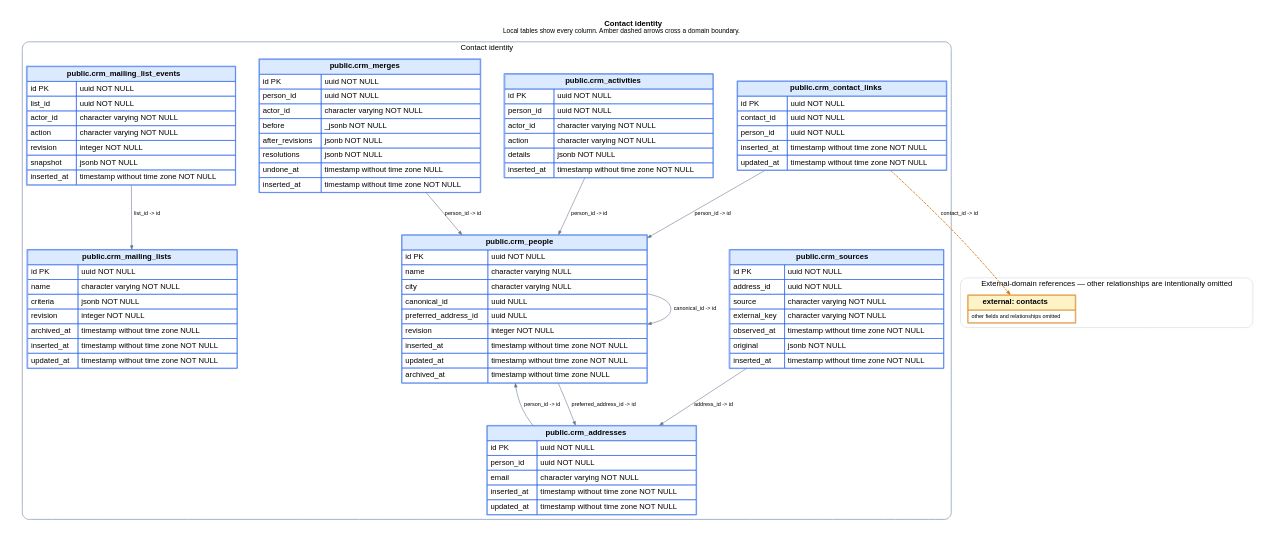
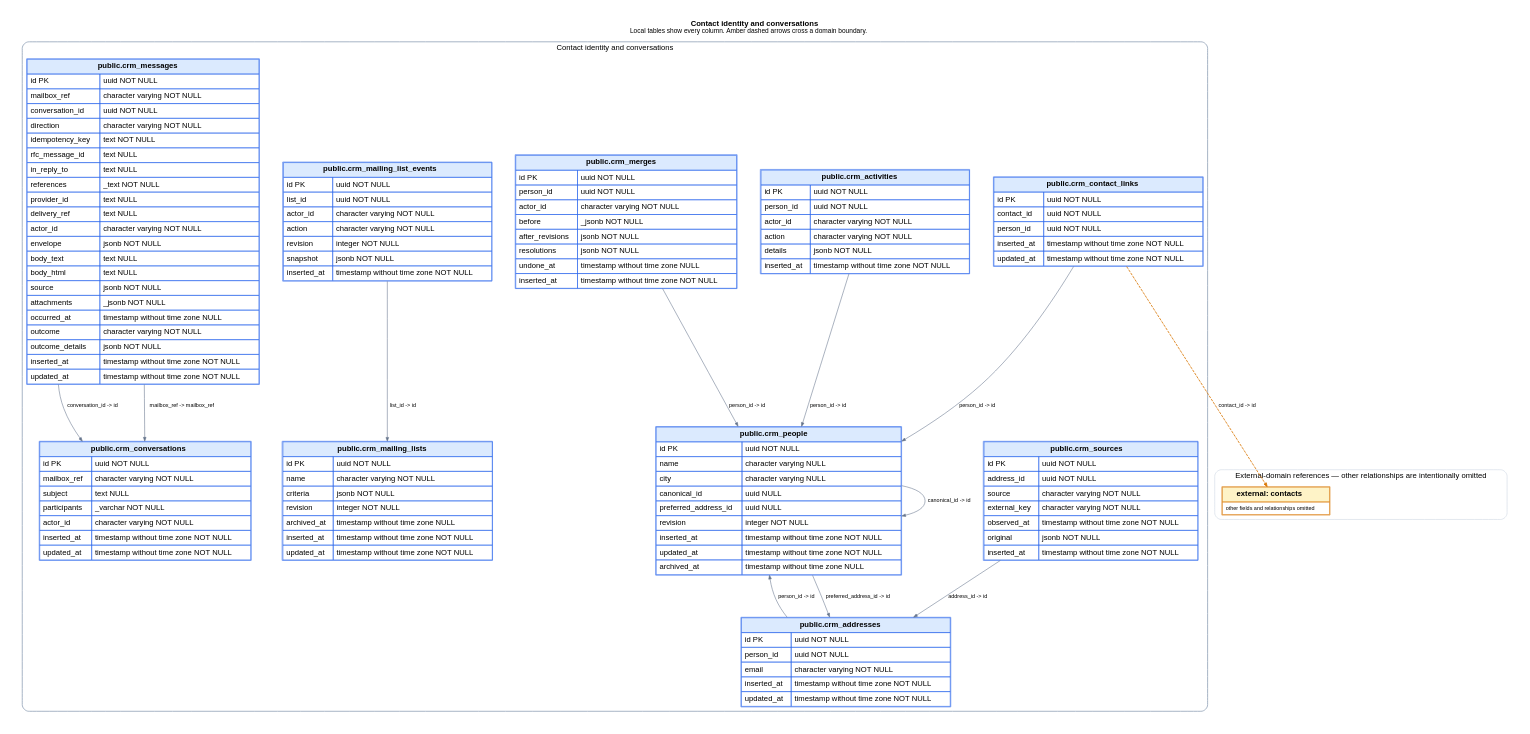
One commit to ogourment/pauseai.ca-website changed the diagram in docs/schema/domains/crm.dot. Above: the diagram before and after it, drawn with Graphviz. The commit also changed 44 other files, not shown here.

```diff
--- a/docs/schema/domains/crm.dot
+++ b/docs/schema/domains/crm.dot
@@ -1,94 +1,110 @@
 digraph crm {
   graph [rankdir=TB, bgcolor="white", pad=0.35, nodesep=0.6, ranksep=0.9, fontname="Helvetica"];
   node [shape=plain, fontname="Helvetica"];
   edge [fontname="Helvetica", fontsize=10, arrowsize=0.7];
   labelloc="t";
-  label=< <B>Contact identity</B><BR/><FONT POINT-SIZE="12">Local tables show every column. Amber dashed arrows cross a domain boundary.</FONT> >;
+  label=< <B>Contact identity and conversations</B><BR/><FONT POINT-SIZE="12">Local tables show every column. Amber dashed arrows cross a domain boundary.</FONT> >;
 
   subgraph cluster_local {
-    label="Contact identity";
+    label="Contact identity and conversations";
     color="#94a3b8";
     penwidth=1.5;
     style="rounded";
   "crm_people" [label=<
     <TABLE BORDER="1" CELLBORDER="1" CELLSPACING="0" CELLPADDING="5" COLOR="#2563eb">
       <TR><TD BGCOLOR="#dbeafe" COLSPAN="2"><B>public.crm_people</B></TD></TR>
       <TR><TD ALIGN="LEFT">id PK</TD><TD ALIGN="LEFT">uuid NOT NULL</TD></TR><TR><TD ALIGN="LEFT">name</TD><TD ALIGN="LEFT">character varying NULL</TD></TR><TR><TD ALIGN="LEFT">city</TD><TD ALIGN="LEFT">character varying NULL</TD></TR><TR><TD ALIGN="LEFT">canonical_id</TD><TD ALIGN="LEFT">uuid NULL</TD></TR><TR><TD ALIGN="LEFT">preferred_address_id</TD><TD ALIGN="LEFT">uuid NULL</TD></TR><TR><TD ALIGN="LEFT">revision</TD><TD ALIGN="LEFT">integer NOT NULL</TD></TR><TR><TD ALIGN="LEFT">inserted_at</TD><TD ALIGN="LEFT">timestamp without time zone NOT NULL</TD></TR><TR><TD ALIGN="LEFT">updated_at</TD><TD ALIGN="LEFT">timestamp without time zone NOT NULL</TD></TR><TR><TD ALIGN="LEFT">archived_at</TD><TD ALIGN="LEFT">timestamp without time zone NULL</TD></TR>
     </TABLE>
   >];
 
   "crm_addresses" [label=<
     <TABLE BORDER="1" CELLBORDER="1" CELLSPACING="0" CELLPADDING="5" COLOR="#2563eb">
       <TR><TD BGCOLOR="#dbeafe" COLSPAN="2"><B>public.crm_addresses</B></TD></TR>
       <TR><TD ALIGN="LEFT">id PK</TD><TD ALIGN="LEFT">uuid NOT NULL</TD></TR><TR><TD ALIGN="LEFT">person_id</TD><TD ALIGN="LEFT">uuid NOT NULL</TD></TR><TR><TD ALIGN="LEFT">email</TD><TD ALIGN="LEFT">character varying NOT NULL</TD></TR><TR><TD ALIGN="LEFT">inserted_at</TD><TD ALIGN="LEFT">timestamp without time zone NOT NULL</TD></TR><TR><TD ALIGN="LEFT">updated_at</TD><TD ALIGN="LEFT">timestamp without time zone NOT NULL</TD></TR>
     </TABLE>
   >];
 
   "crm_sources" [label=<
     <TABLE BORDER="1" CELLBORDER="1" CELLSPACING="0" CELLPADDING="5" COLOR="#2563eb">
       <TR><TD BGCOLOR="#dbeafe" COLSPAN="2"><B>public.crm_sources</B></TD></TR>
       <TR><TD ALIGN="LEFT">id PK</TD><TD ALIGN="LEFT">uuid NOT NULL</TD></TR><TR><TD ALIGN="LEFT">address_id</TD><TD ALIGN="LEFT">uuid NOT NULL</TD></TR><TR><TD ALIGN="LEFT">source</TD><TD ALIGN="LEFT">character varying NOT NULL</TD></TR><TR><TD ALIGN="LEFT">external_key</TD><TD ALIGN="LEFT">character varying NOT NULL</TD></TR><TR><TD ALIGN="LEFT">observed_at</TD><TD ALIGN="LEFT">timestamp without time zone NOT NULL</TD></TR><TR><TD ALIGN="LEFT">original</TD><TD ALIGN="LEFT">jsonb NOT NULL</TD></TR><TR><TD ALIGN="LEFT">inserted_at</TD><TD ALIGN="LEFT">timestamp without time zone NOT NULL</TD></TR>
     </TABLE>
   >];
 
   "crm_activities" [label=<
     <TABLE BORDER="1" CELLBORDER="1" CELLSPACING="0" CELLPADDING="5" COLOR="#2563eb">
       <TR><TD BGCOLOR="#dbeafe" COLSPAN="2"><B>public.crm_activities</B></TD></TR>
       <TR><TD ALIGN="LEFT">id PK</TD><TD ALIGN="LEFT">uuid NOT NULL</TD></TR><TR><TD ALIGN="LEFT">person_id</TD><TD ALIGN="LEFT">uuid NOT NULL</TD></TR><TR><TD ALIGN="LEFT">actor_id</TD><TD ALIGN="LEFT">character varying NOT NULL</TD></TR><TR><TD ALIGN="LEFT">action</TD><TD ALIGN="LEFT">character varying NOT NULL</TD></TR><TR><TD ALIGN="LEFT">details</TD><TD ALIGN="LEFT">jsonb NOT NULL</TD></TR><TR><TD ALIGN="LEFT">inserted_at</TD><TD ALIGN="LEFT">timestamp without time zone NOT NULL</TD></TR>
     </TABLE>
   >];
 
   "crm_merges" [label=<
     <TABLE BORDER="1" CELLBORDER="1" CELLSPACING="0" CELLPADDING="5" COLOR="#2563eb">
       <TR><TD BGCOLOR="#dbeafe" COLSPAN="2"><B>public.crm_merges</B></TD></TR>
       <TR><TD ALIGN="LEFT">id PK</TD><TD ALIGN="LEFT">uuid NOT NULL</TD></TR><TR><TD ALIGN="LEFT">person_id</TD><TD ALIGN="LEFT">uuid NOT NULL</TD></TR><TR><TD ALIGN="LEFT">actor_id</TD><TD ALIGN="LEFT">character varying NOT NULL</TD></TR><TR><TD ALIGN="LEFT">before</TD><TD ALIGN="LEFT">_jsonb NOT NULL</TD></TR><TR><TD ALIGN="LEFT">after_revisions</TD><TD ALIGN="LEFT">jsonb NOT NULL</TD></TR><TR><TD ALIGN="LEFT">resolutions</TD><TD ALIGN="LEFT">jsonb NOT NULL</TD></TR><TR><TD ALIGN="LEFT">undone_at</TD><TD ALIGN="LEFT">timestamp without time zone NULL</TD></TR><TR><TD ALIGN="LEFT">inserted_at</TD><TD ALIGN="LEFT">timestamp without time zone NOT NULL</TD></TR>
     </TABLE>
   >];
 
   "crm_contact_links" [label=<
     <TABLE BORDER="1" CELLBORDER="1" CELLSPACING="0" CELLPADDING="5" COLOR="#2563eb">
       <TR><TD BGCOLOR="#dbeafe" COLSPAN="2"><B>public.crm_contact_links</B></TD></TR>
       <TR><TD ALIGN="LEFT">id PK</TD><TD ALIGN="LEFT">uuid NOT NULL</TD></TR><TR><TD ALIGN="LEFT">contact_id</TD><TD ALIGN="LEFT">uuid NOT NULL</TD></TR><TR><TD ALIGN="LEFT">person_id</TD><TD ALIGN="LEFT">uuid NOT NULL</TD></TR><TR><TD ALIGN="LEFT">inserted_at</TD><TD ALIGN="LEFT">timestamp without time zone NOT NULL</TD></TR><TR><TD ALIGN="LEFT">updated_at</TD><TD ALIGN="LEFT">timestamp without time zone NOT NULL</TD></TR>
     </TABLE>
   >];
 
   "crm_mailing_lists" [label=<
     <TABLE BORDER="1" CELLBORDER="1" CELLSPACING="0" CELLPADDING="5" COLOR="#2563eb">
       <TR><TD BGCOLOR="#dbeafe" COLSPAN="2"><B>public.crm_mailing_lists</B></TD></TR>
       <TR><TD ALIGN="LEFT">id PK</TD><TD ALIGN="LEFT">uuid NOT NULL</TD></TR><TR><TD ALIGN="LEFT">name</TD><TD ALIGN="LEFT">character varying NOT NULL</TD></TR><TR><TD ALIGN="LEFT">criteria</TD><TD ALIGN="LEFT">jsonb NOT NULL</TD></TR><TR><TD ALIGN="LEFT">revision</TD><TD ALIGN="LEFT">integer NOT NULL</TD></TR><TR><TD ALIGN="LEFT">archived_at</TD><TD ALIGN="LEFT">timestamp without time zone NULL</TD></TR><TR><TD ALIGN="LEFT">inserted_at</TD><TD ALIGN="LEFT">timestamp without time zone NOT NULL</TD></TR><TR><TD ALIGN="LEFT">updated_at</TD><TD ALIGN="LEFT">timestamp without time zone NOT NULL</TD></TR>
     </TABLE>
   >];
 
   "crm_mailing_list_events" [label=<
     <TABLE BORDER="1" CELLBORDER="1" CELLSPACING="0" CELLPADDING="5" COLOR="#2563eb">
       <TR><TD BGCOLOR="#dbeafe" COLSPAN="2"><B>public.crm_mailing_list_events</B></TD></TR>
       <TR><TD ALIGN="LEFT">id PK</TD><TD ALIGN="LEFT">uuid NOT NULL</TD></TR><TR><TD ALIGN="LEFT">list_id</TD><TD ALIGN="LEFT">uuid NOT NULL</TD></TR><TR><TD ALIGN="LEFT">actor_id</TD><TD ALIGN="LEFT">character varying NOT NULL</TD></TR><TR><TD ALIGN="LEFT">action</TD><TD ALIGN="LEFT">character varying NOT NULL</TD></TR><TR><TD ALIGN="LEFT">revision</TD><TD ALIGN="LEFT">integer NOT NULL</TD></TR><TR><TD ALIGN="LEFT">snapshot</TD><TD ALIGN="LEFT">jsonb NOT NULL</TD></TR><TR><TD ALIGN="LEFT">inserted_at</TD><TD ALIGN="LEFT">timestamp without time zone NOT NULL</TD></TR>
     </TABLE>
   >];
 
+  "crm_conversations" [label=<
+    <TABLE BORDER="1" CELLBORDER="1" CELLSPACING="0" CELLPADDING="5" COLOR="#2563eb">
+      <TR><TD BGCOLOR="#dbeafe" COLSPAN="2"><B>public.crm_conversations</B></TD></TR>
+      <TR><TD ALIGN="LEFT">id PK</TD><TD ALIGN="LEFT">uuid NOT NULL</TD></TR><TR><TD ALIGN="LEFT">mailbox_ref</TD><TD ALIGN="LEFT">character varying NOT NULL</TD></TR><TR><TD ALIGN="LEFT">subject</TD><TD ALIGN="LEFT">text NULL</TD></TR><TR><TD ALIGN="LEFT">participants</TD><TD ALIGN="LEFT">_varchar NOT NULL</TD></TR><TR><TD ALIGN="LEFT">actor_id</TD><TD ALIGN="LEFT">character varying NOT NULL</TD></TR><TR><TD ALIGN="LEFT">inserted_at</TD><TD ALIGN="LEFT">timestamp without time zone NOT NULL</TD></TR><TR><TD ALIGN="LEFT">updated_at</TD><TD ALIGN="LEFT">timestamp without time zone NOT NULL</TD></TR>
+    </TABLE>
+  >];
+
+  "crm_messages" [label=<
+    <TABLE BORDER="1" CELLBORDER="1" CELLSPACING="0" CELLPADDING="5" COLOR="#2563eb">
+      <TR><TD BGCOLOR="#dbeafe" COLSPAN="2"><B>public.crm_messages</B></TD></TR>
+      <TR><TD ALIGN="LEFT">id PK</TD><TD ALIGN="LEFT">uuid NOT NULL</TD></TR><TR><TD ALIGN="LEFT">mailbox_ref</TD><TD ALIGN="LEFT">character varying NOT NULL</TD></TR><TR><TD ALIGN="LEFT">conversation_id</TD><TD ALIGN="LEFT">uuid NOT NULL</TD></TR><TR><TD ALIGN="LEFT">direction</TD><TD ALIGN="LEFT">character varying NOT NULL</TD></TR><TR><TD ALIGN="LEFT">idempotency_key</TD><TD ALIGN="LEFT">text NOT NULL</TD></TR><TR><TD ALIGN="LEFT">rfc_message_id</TD><TD ALIGN="LEFT">text NULL</TD></TR><TR><TD ALIGN="LEFT">in_reply_to</TD><TD ALIGN="LEFT">text NULL</TD></TR><TR><TD ALIGN="LEFT">references</TD><TD ALIGN="LEFT">_text NOT NULL</TD></TR><TR><TD ALIGN="LEFT">provider_id</TD><TD ALIGN="LEFT">text NULL</TD></TR><TR><TD ALIGN="LEFT">delivery_ref</TD><TD ALIGN="LEFT">text NULL</TD></TR><TR><TD ALIGN="LEFT">actor_id</TD><TD ALIGN="LEFT">character varying NOT NULL</TD></TR><TR><TD ALIGN="LEFT">envelope</TD><TD ALIGN="LEFT">jsonb NOT NULL</TD></TR><TR><TD ALIGN="LEFT">body_text</TD><TD ALIGN="LEFT">text NULL</TD></TR><TR><TD ALIGN="LEFT">body_html</TD><TD ALIGN="LEFT">text NULL</TD></TR><TR><TD ALIGN="LEFT">source</TD><TD ALIGN="LEFT">jsonb NOT NULL</TD></TR><TR><TD ALIGN="LEFT">attachments</TD><TD ALIGN="LEFT">_jsonb NOT NULL</TD></TR><TR><TD ALIGN="LEFT">occurred_at</TD><TD ALIGN="LEFT">timestamp without time zone NULL</TD></TR><TR><TD ALIGN="LEFT">outcome</TD><TD ALIGN="LEFT">character varying NOT NULL</TD></TR><TR><TD ALIGN="LEFT">outcome_details</TD><TD ALIGN="LEFT">jsonb NOT NULL</TD></TR><TR><TD ALIGN="LEFT">inserted_at</TD><TD ALIGN="LEFT">timestamp without time zone NOT NULL</TD></TR><TR><TD ALIGN="LEFT">updated_at</TD><TD ALIGN="LEFT">timestamp without time zone NOT NULL</TD></TR>
+    </TABLE>
+  >];
+
   }
 
   subgraph cluster_external {
     label="External-domain references — other relationships are intentionally omitted";
     color="#cbd5e1";
     penwidth=1;
     style="rounded";
   "contacts" [label=<
     <TABLE BORDER="1" CELLBORDER="1" CELLSPACING="0" CELLPADDING="5" COLOR="#d97706">
       <TR><TD BGCOLOR="#fef3c7"><B>external: contacts</B></TD></TR>
       <TR><TD><FONT POINT-SIZE="10">other fields and relationships omitted</FONT></TD></TR>
     </TABLE>
   >];
 
   }
 
   "crm_activities" -> "crm_people" [label="person_id -> id", color="#64748b"];
   "crm_addresses" -> "crm_people" [label="person_id -> id", color="#64748b"];
   "crm_contact_links" -> "contacts" [label="contact_id -> id", color="#d97706", style="dashed", penwidth=1.5];
   "crm_contact_links" -> "crm_people" [label="person_id -> id", color="#64748b"];
   "crm_mailing_list_events" -> "crm_mailing_lists" [label="list_id -> id", color="#64748b"];
   "crm_merges" -> "crm_people" [label="person_id -> id", color="#64748b"];
+  "crm_messages" -> "crm_conversations" [label="conversation_id -> id", color="#64748b"];
+  "crm_messages" -> "crm_conversations" [label="mailbox_ref -> mailbox_ref", color="#64748b"];
   "crm_people" -> "crm_people" [label="canonical_id -> id", color="#64748b"];
   "crm_people" -> "crm_addresses" [label="preferred_address_id -> id", color="#64748b"];
   "crm_sources" -> "crm_addresses" [label="address_id -> id", color="#64748b"];
 }
```
